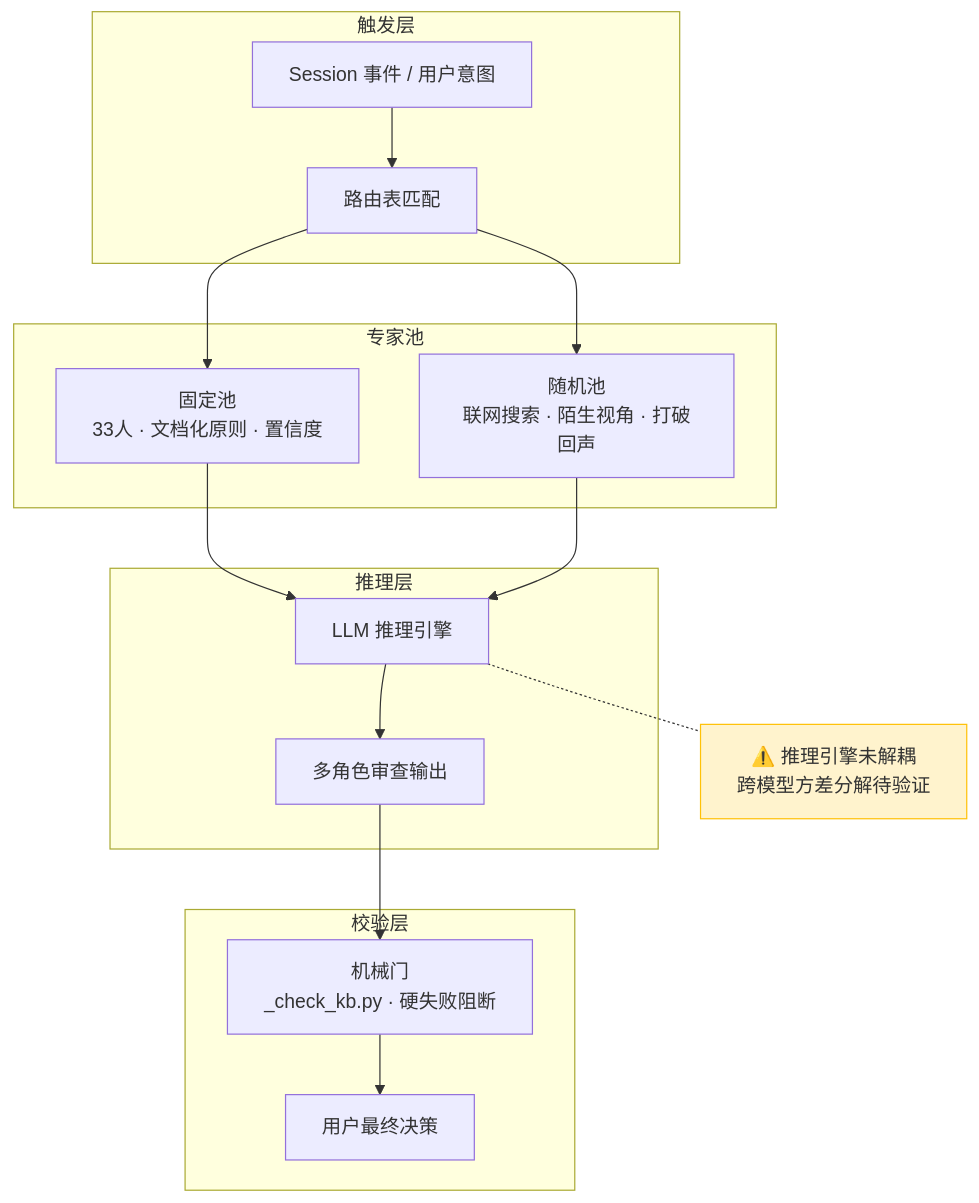
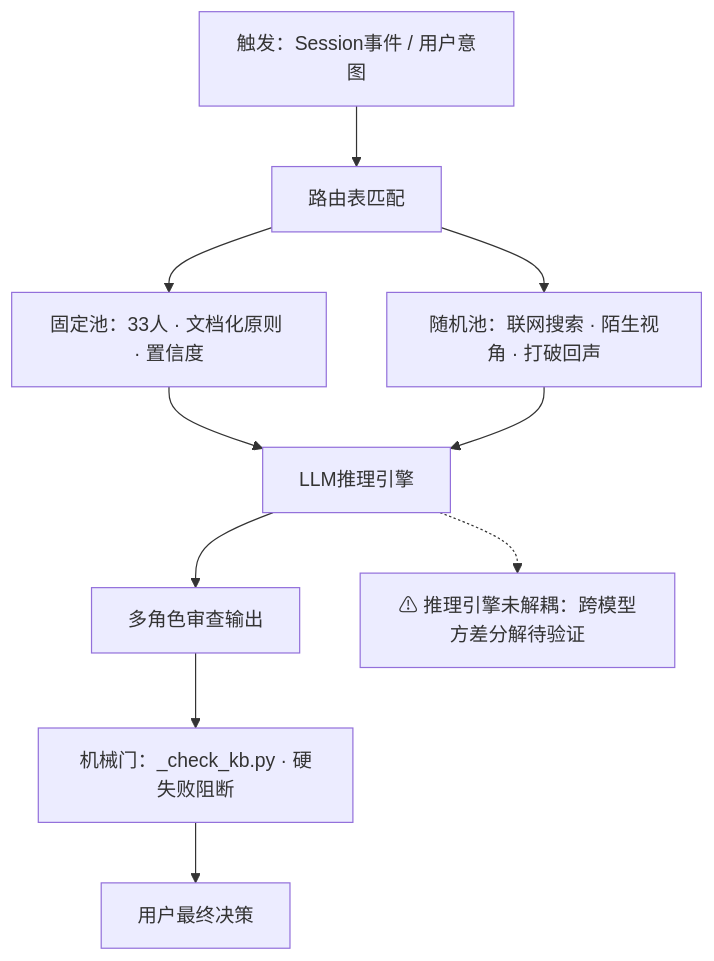
One commit to YuhaoLin2005/hermes-workspace changed the diagram in articles/juejin-33-experts.md. Above: the diagram before and after it, drawn with Mermaid.

Commit message:
fix(articles): simplify mermaid diagram for 掘金 compatibility — remove subgraph, br tags, style directive

````diff
--- a/articles/juejin-33-experts.md
+++ b/articles/juejin-33-experts.md
@@ -122,25 +122,12 @@
 ```mermaid
 graph TD
-    subgraph 触发层
-        A[Session 事件 / 用户意图] --> B[路由表匹配]
-    end
-
-    subgraph 专家池
-        B --> C[固定池<br/>33人 · 文档化原则 · 置信度]
-        B --> D[随机池<br/>联网搜索 · 陌生视角 · 打破回声]
-    end
-
-    subgraph 推理层
-        C --> E[LLM 推理引擎]
-        D --> E
-        E --> F[多角色审查输出]
-    end
-
-    subgraph 校验层
-        F --> G[机械门<br/>_check_kb.py · 硬失败阻断]
-        G --> H[用户最终决策]
-    end
-
-    E -.- I[⚠️ 推理引擎未解耦<br/>跨模型方差分解待验证]
-    style I fill:#fff3cd,stroke:#ffc107
+    A[触发：Session事件 / 用户意图] --> B[路由表匹配]
+    B --> C[固定池：33人 · 文档化原则 · 置信度]
+    B --> D[随机池：联网搜索 · 陌生视角 · 打破回声]
+    C --> E[LLM推理引擎]
+    D --> E
+    E --> F[多角色审查输出]
+    F --> G[机械门：_check_kb.py · 硬失败阻断]
+    G --> H[用户最终决策]
+    E -.-> I[⚠ 推理引擎未解耦：跨模型方差分解待验证]
 ```
````
